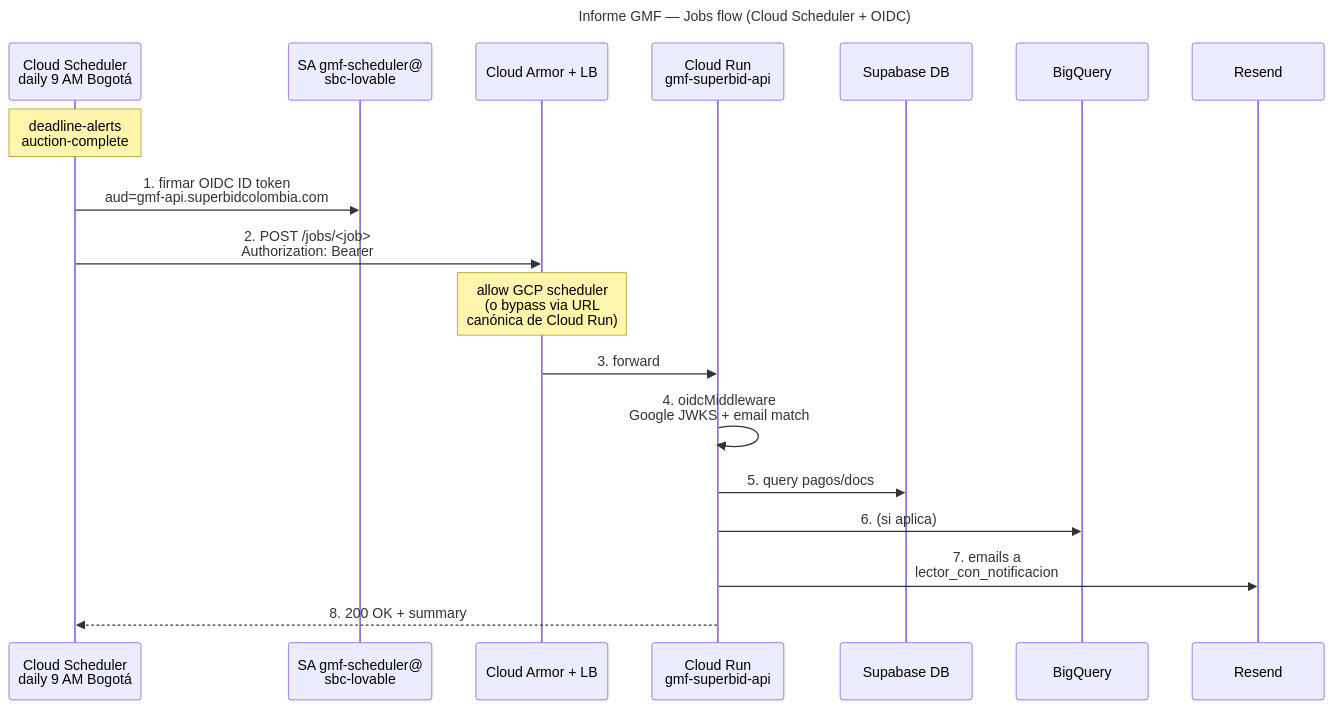
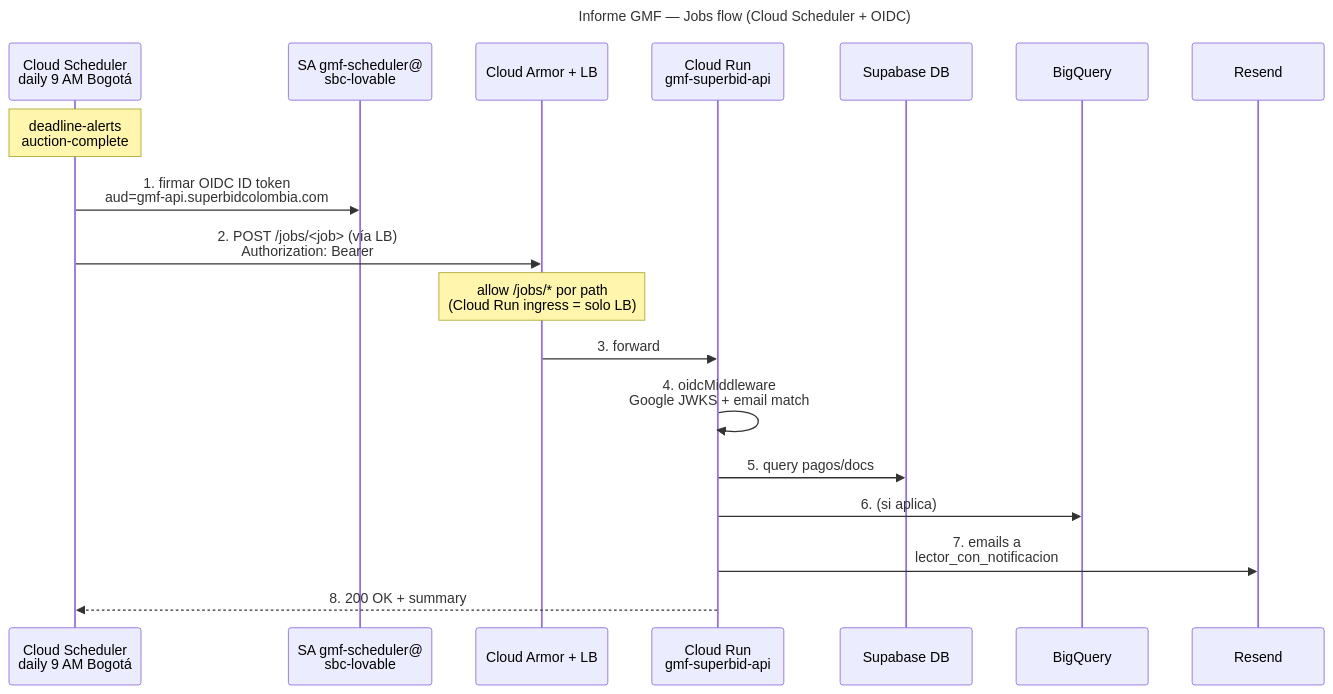
One commit to sb-dataops/informegmf changed the diagram in docs/diagrams/04-jobs-cloud-scheduler.mmd. Above: the diagram before and after it, drawn with Mermaid. The commit also changed 10 other files, not shown here.

```diff
--- a/docs/diagrams/04-jobs-cloud-scheduler.mmd
+++ b/docs/diagrams/04-jobs-cloud-scheduler.mmd
@@ -1,22 +1,22 @@
 ---
 title: Informe GMF — Jobs flow (Cloud Scheduler + OIDC)
 ---
 sequenceDiagram
     participant CS as Cloud Scheduler<br/>daily 9 AM Bogotá
     participant SA as SA gmf-scheduler@<br/>sbc-lovable
     participant CA as Cloud Armor + LB
     participant BE as Cloud Run<br/>gmf-superbid-api
     participant DB as Supabase DB
     participant BQ as BigQuery
     participant R as Resend
 
     Note over CS: deadline-alerts<br/>auction-complete
     CS->>SA: 1. firmar OIDC ID token<br/>aud=gmf-api.superbidcolombia.com
-    CS->>CA: 2. POST /jobs/<job><br/>Authorization: Bearer
-    Note over CA: allow GCP scheduler<br/>(o bypass via URL<br/>canónica de Cloud Run)
+    CS->>CA: 2. POST /jobs/<job> (vía LB)<br/>Authorization: Bearer
+    Note over CA: allow /jobs/* por path<br/>(Cloud Run ingress = solo LB)
     CA->>BE: 3. forward
     BE->>BE: 4. oidcMiddleware<br/>Google JWKS + email match
     BE->>DB: 5. query pagos/docs
     BE->>BQ: 6. (si aplica)
     BE->>R: 7. emails a<br/>lector_con_notificacion
     BE-->>CS: 8. 200 OK + summary
```
